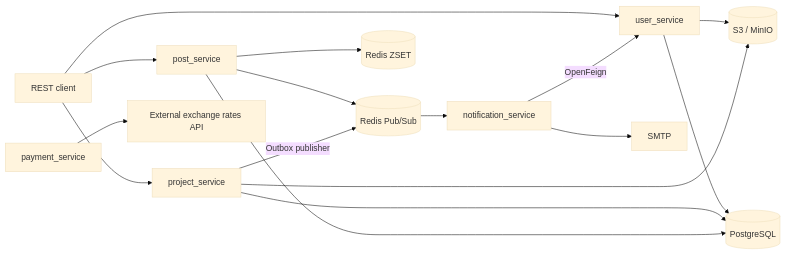
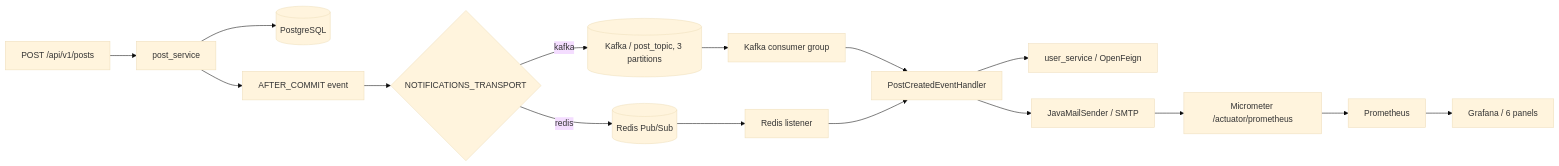
The first of 2 diagrams in README.md (VladHvedchenya/dev-social-network), drawn with Mermaid (base theme) before and after one commit. The commit also changed other lines of this file, not shown here.

Commit message:
docs: document Kafka concurrency and Prometheus/Grafana load experiments with limitations

````diff
--- a/README.md
+++ b/README.md
@@ -26,18 +31,18 @@
 ```mermaid
 flowchart LR
-  Client[REST client] --> User[user_service]
-  Client --> Post[post_service]
-  Client --> Project[project_service]
-  User --> PG[(PostgreSQL)]
-  Project --> PG
-  Post --> PG
-  User --> S3[(S3 / MinIO)]
-  Project --> S3
-  Post --> Redis[(Redis Pub/Sub)]
-  Project -->|Outbox publisher| Redis
-  Redis --> Notification[notification_service]
-  Notification -->|OpenFeign| User
-  Notification --> SMTP[SMTP]
-  Post --> ZSET[(Redis ZSET)]
-  Payment[payment_service] --> Rates[External exchange rates API]
+    API["POST /api/v1/posts"] --> Post["post_service"]
+    Post --> DB[("PostgreSQL")]
+    Post --> AFTER["AFTER_COMMIT event"]
+    AFTER --> Choose{"NOTIFICATIONS_TRANSPORT"}
+    Choose -->|kafka| Kafka[("Kafka / post_topic, 3 partitions")]
+    Choose -->|redis| Redis[("Redis Pub/Sub")]
+    Kafka --> KConsumer["Kafka consumer group"]
+    Redis --> RConsumer["Redis listener"]
+    KConsumer --> Handler["PostCreatedEventHandler"]
+    RConsumer --> Handler
+    Handler --> User["user_service / OpenFeign"]
+    Handler --> Mail["JavaMailSender / SMTP"]
+    Mail --> Metrics["Micrometer /actuator/prometheus"]
+    Metrics --> Prom["Prometheus"]
+    Prom --> Grafana["Grafana / 6 panels"]
 ```
````
